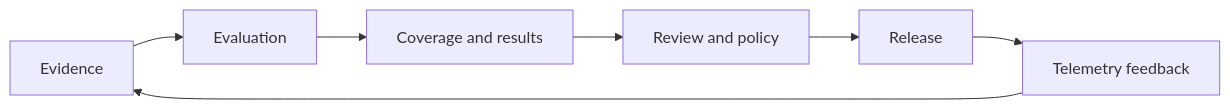
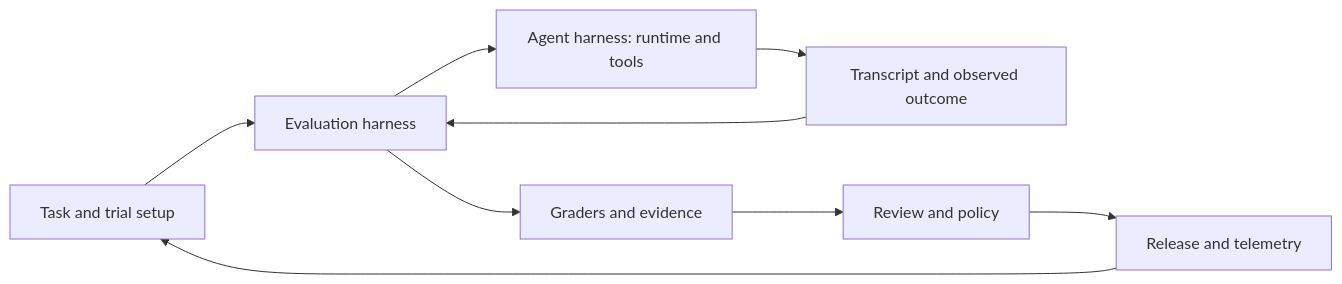
One commit to JimPiquant/evaluation-articles changed the diagram in articles/reference-architecture/reference-architecture.slides.md. Above: the diagram before and after it, drawn with Mermaid. The commit also changed other lines of this file and 47 other files, not shown here.

````diff
--- a/articles/reference-architecture/reference-architecture.slides.md
+++ b/articles/reference-architecture/reference-architecture.slides.md
@@ -17,9 +17,11 @@
 ```mermaid
 flowchart LR
-    A[Evidence] --> B[Evaluation]
-    B --> C[Coverage and results]
-    C --> D[Review and policy]
-    D --> E[Release]
-    E --> F[Telemetry feedback]
-    F --> A
+    A[Task and trial setup] --> B[Evaluation harness]
+    B --> C[Agent harness: runtime and tools]
+    C --> D[Transcript and observed outcome]
+    D --> B
+    B --> E[Graders and evidence]
+    E --> F[Review and policy]
+    F --> G[Release and telemetry]
+    G --> A
 ```
````
